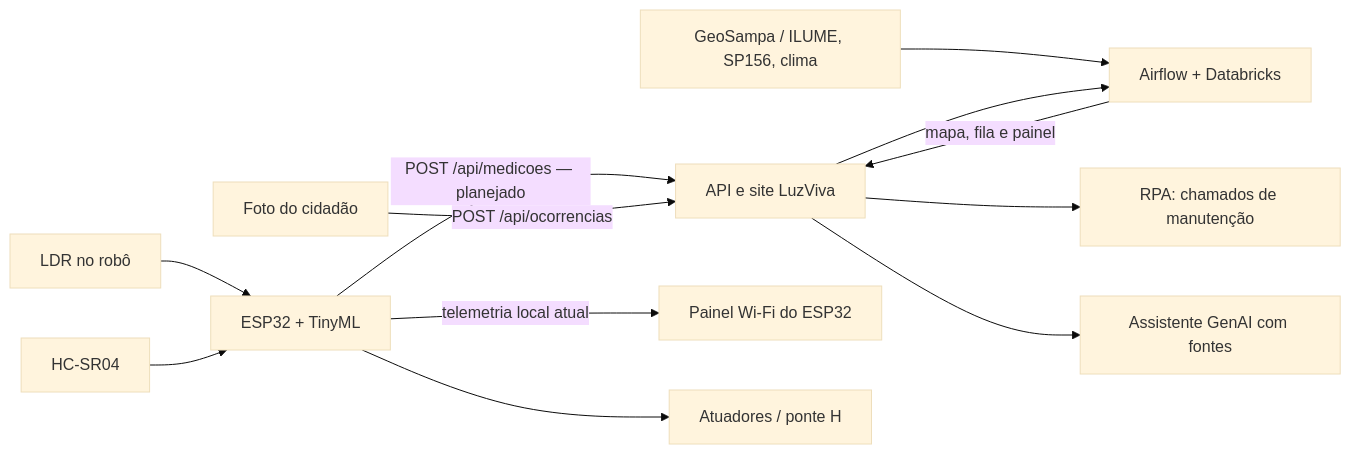
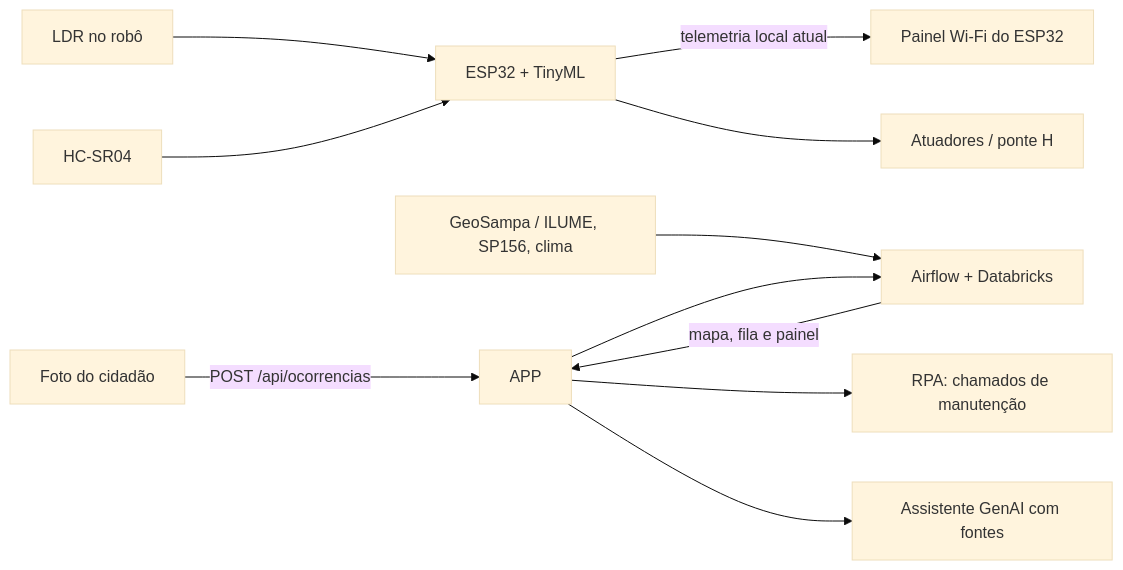
Before and after one commit to GS-LuzViva/maker-lab-luz-viva: the diagram in docs/arquitetura.md, drawn with Mermaid (base theme). The commit also changed other lines of this file and 8 other files, not shown here.

````diff
--- a/docs/arquitetura.md
+++ b/docs/arquitetura.md
@@ -9,14 +9,13 @@
 ```mermaid
 flowchart LR
     LDR[LDR no robô] --> ESP[ESP32 + TinyML]
-    ESP -->|POST /api/medicoes — planejado| APP[API e site LuzViva]
     FOTO[Foto do cidadão] -->|POST /api/ocorrencias| APP
     FONTES[GeoSampa / ILUME, SP156, clima] --> DADOS[Airflow + Databricks]
     APP --> DADOS
     DADOS -->|mapa, fila e painel| APP
     APP --> RPA[RPA: chamados de manutenção]
     APP --> IA[Assistente GenAI com fontes]
     ESP -->|telemetria local atual| PAINEL[Painel Wi-Fi do ESP32]
     HC[HC-SR04] --> ESP
     ESP --> MOTORES[Atuadores / ponte H]
 ```
````
